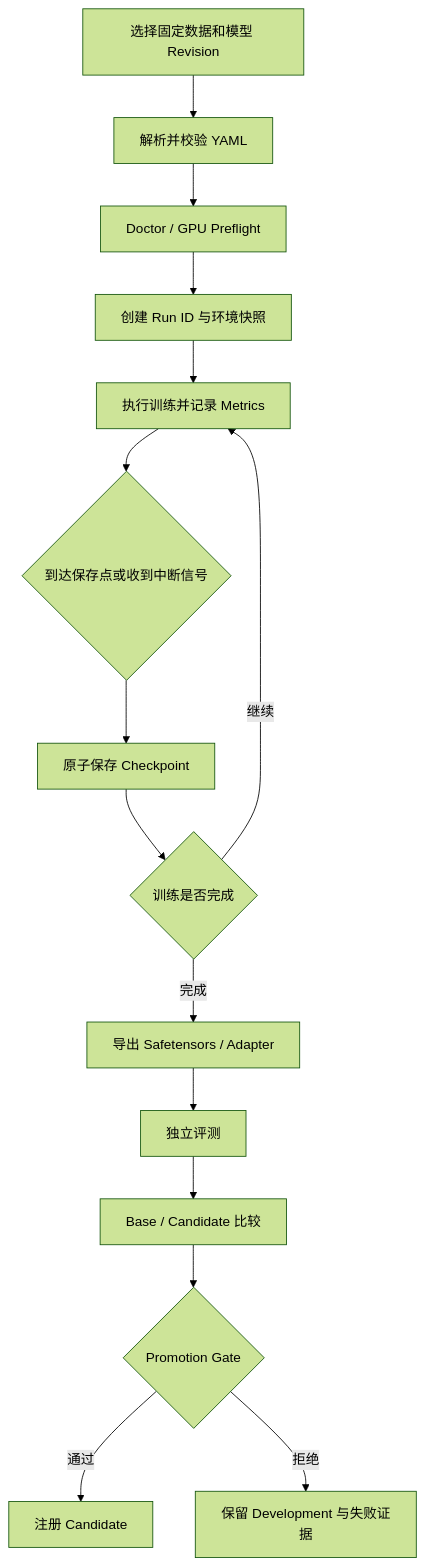
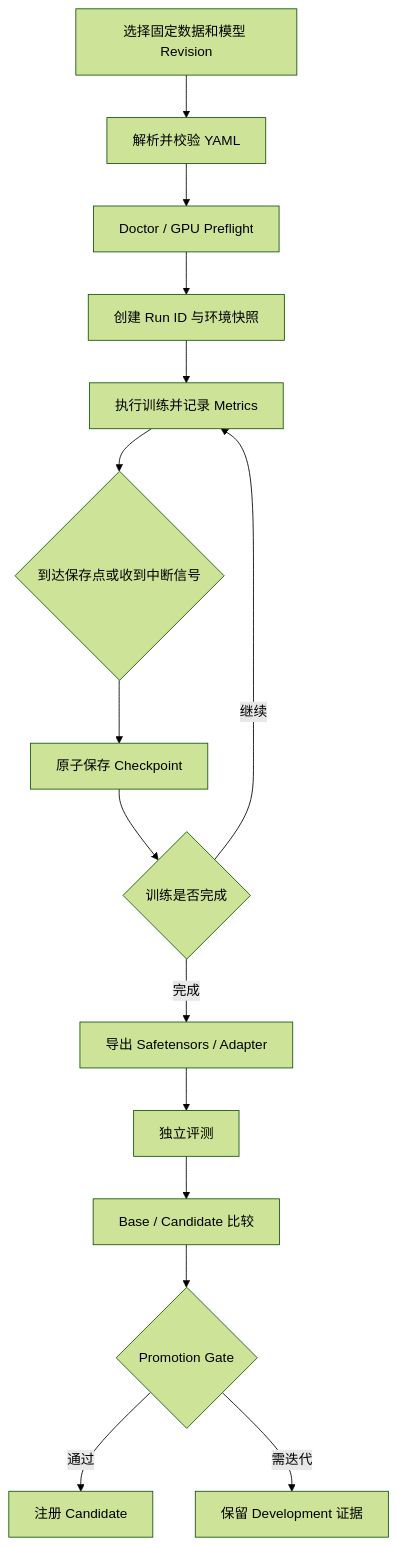
One commit to JayYu686/TinyLLM-System changed the third of 3 diagrams in README.md. Above: the diagram before and after it, drawn with Mermaid (forest theme). The commit also changed other lines of this file and 142 other files, not shown here.

````diff
--- a/README.md
+++ b/README.md
@@ -239,17 +241,17 @@
 ```mermaid
 flowchart TD
     A[选择固定数据和模型 Revision] --> B[解析并校验 YAML]
     B --> C[Doctor / GPU Preflight]
     C --> D[创建 Run ID 与环境快照]
     D --> E[执行训练并记录 Metrics]
     E --> F{到达保存点或收到中断信号}
     F --> G[原子保存 Checkpoint]
     G --> H{训练是否完成}
     H -- 继续 --> E
     H -- 完成 --> I[导出 Safetensors / Adapter]
     I --> J[独立评测]
     J --> K[Base / Candidate 比较]
     K --> L{Promotion Gate}
     L -- 通过 --> M[注册 Candidate]
-    L -- 拒绝 --> N[保留 Development 与失败证据]
+    L -- 需迭代 --> N[保留 Development 证据]
 ```
````
